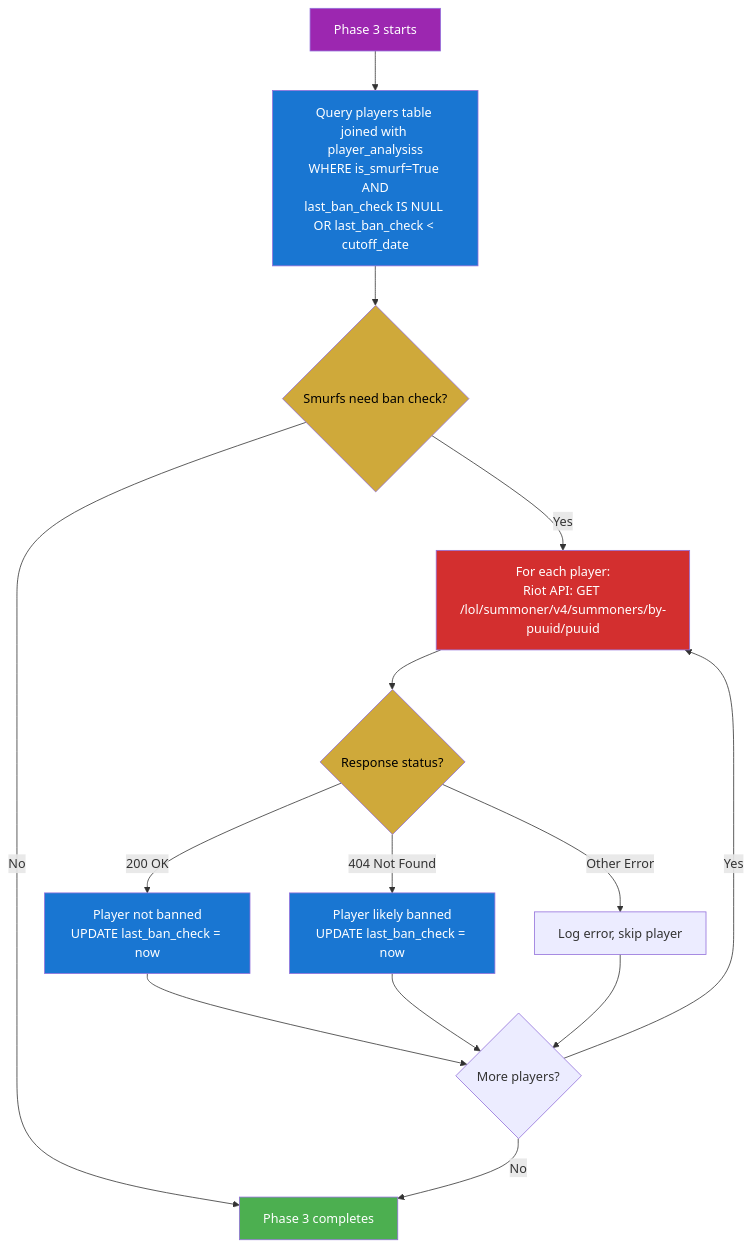
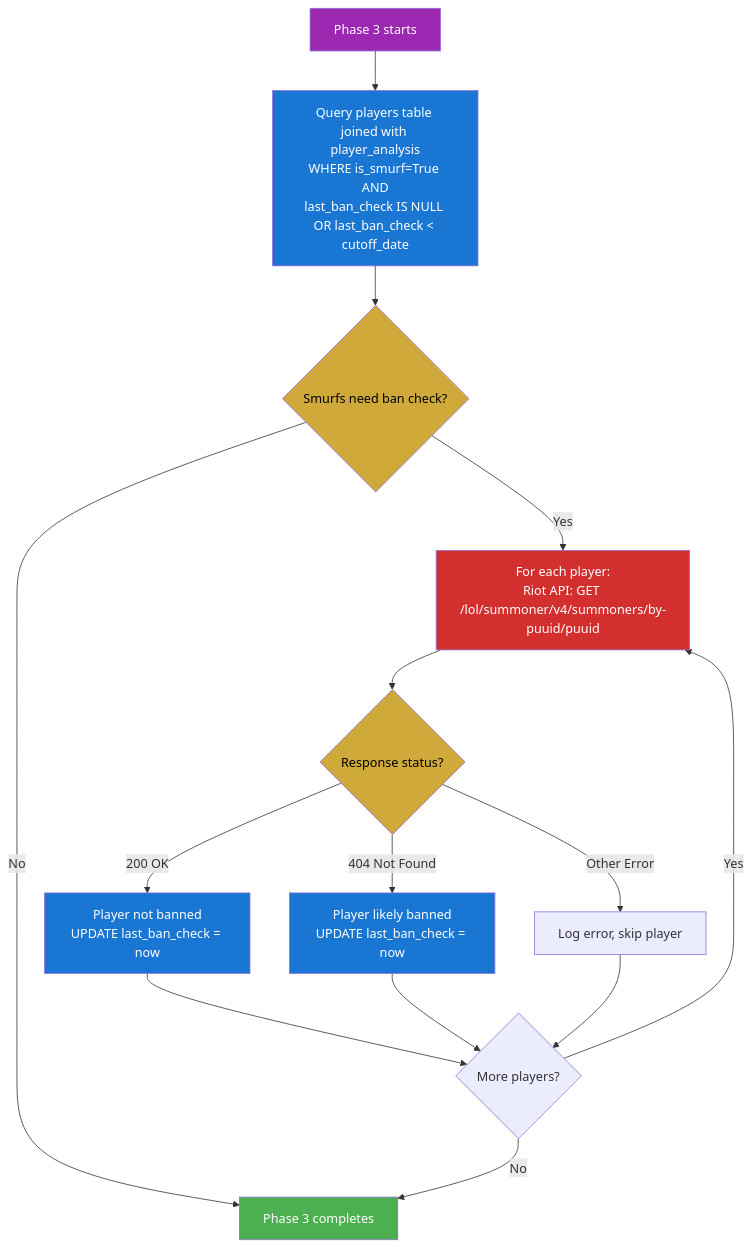
Before and after one commit to SlanyCukr/riot-api-project: the fourth of 12 diagrams in docs/docs/jobs.md, drawn with Mermaid. The commit also changed other lines of this file and 3 other files, not shown here.

First line of the commit message:
docs: fix typos in documentation - player_analysiss → player_analysis

````diff
--- a/docs/docs/jobs.md
+++ b/docs/docs/jobs.md
@@ -88,25 +88,25 @@
 ```mermaid
 flowchart TD
-    A[Phase 3 starts] --> B[Query players table joined with player_analysiss<br/>WHERE is_smurf=True AND<br/>last_ban_check IS NULL OR last_ban_check < cutoff_date]
+    A[Phase 3 starts] --> B[Query players table joined with player_analysis<br/>WHERE is_smurf=True AND<br/>last_ban_check IS NULL OR last_ban_check < cutoff_date]
     B --> C{Smurfs need ban check?}
     C -- Yes --> D[For each player:<br/>Riot API: GET /lol/summoner/v4/summoners/by-puuid/puuid]
     C -- No --> E[Phase 3 completes]
     D --> F{Response status?}
     F -- 200 OK --> G[Player not banned<br/>UPDATE last_ban_check = now]
     F -- 404 Not Found --> H[Player likely banned<br/>UPDATE last_ban_check = now]
     F -- Other Error --> I[Log error, skip player]
     G --> J{More players?}
     H --> J
     I --> J
     J -- Yes --> D
     J -- No --> E
 
     style A fill:#9c27b0,color:#ffffff
     style B fill:#1976d2,color:#ffffff
     style C fill:#cfa93a,color:#000000
     style D fill:#d32f2f,color:#ffffff
     style E fill:#4caf50,color:#ffffff
     style F fill:#cfa93a,color:#000000
     style G fill:#1976d2,color:#ffffff
     style H fill:#1976d2,color:#ffffff
 ```
````
